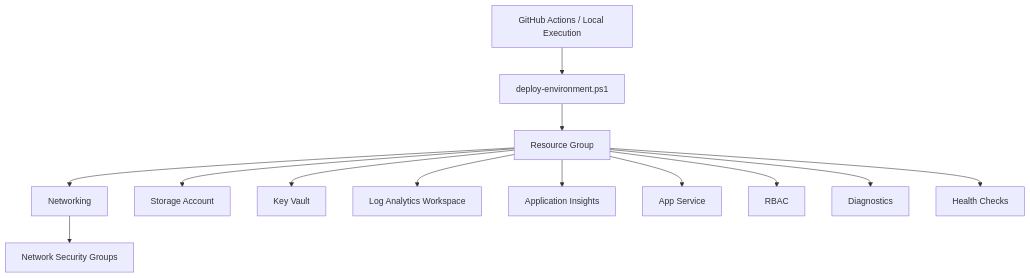
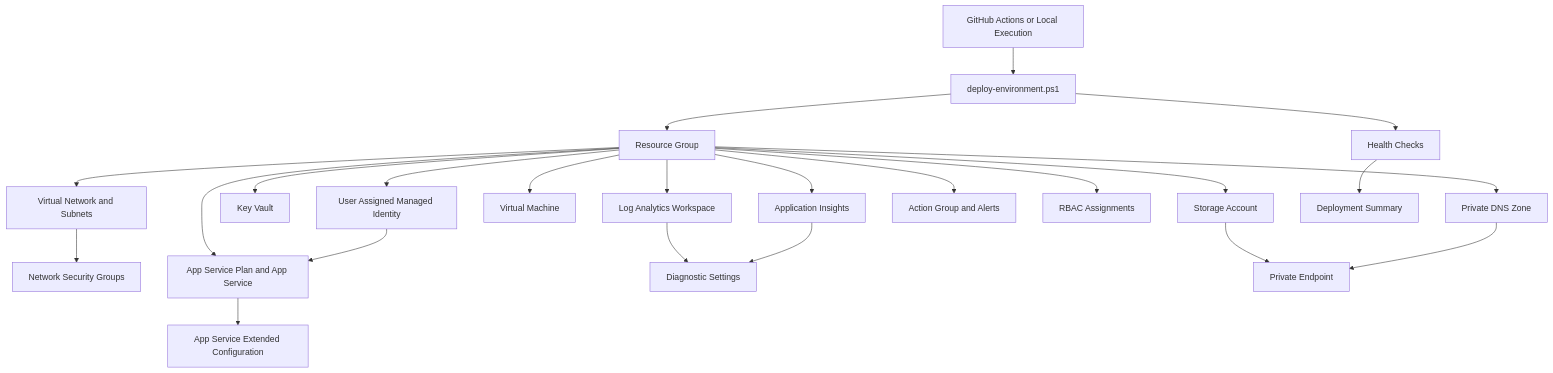
The diagram in README.md (unfencedentity/cloud-org-infra), drawn with Mermaid before and after one commit. The commit also changed other lines of this file, not shown here.

First line of the commit message:
docs: update README with current deployment architecture

````diff
--- a/README.md
+++ b/README.md
@@ -33,18 +36,48 @@
 ```mermaid
 flowchart TD
 
-A[GitHub Actions / Local Execution]
---> B[deploy-environment.ps1]
+A["GitHub Actions or Local Execution"]
+B["deploy-environment.ps1"]
 
-B --> C[Resource Group]
-C --> D[Networking]
-D --> E[Network Security Groups]
-C --> F[Storage Account]
-C --> G[Key Vault]
-C --> H[Log Analytics Workspace]
-C --> I[Application Insights]
-C --> J[App Service]
-C --> K[RBAC]
-C --> L[Diagnostics]
-C --> M[Health Checks]
+C["Resource Group"]
+D["Virtual Network and Subnets"]
+E["Network Security Groups"]
+F["Storage Account"]
+G["Key Vault"]
+H["User Assigned Managed Identity"]
+I["Virtual Machine"]
+J["App Service Plan and App Service"]
+K["App Service Extended Configuration"]
+L["Log Analytics Workspace"]
+M["Application Insights"]
+N["Diagnostic Settings"]
+O["Action Group and Alerts"]
+P["RBAC Assignments"]
+Q["Private DNS Zone"]
+R["Private Endpoint"]
+S["Health Checks"]
+T["Deployment Summary"]
+
+A --> B
+B --> C
+C --> D
+D --> E
+C --> F
+C --> G
+C --> H
+C --> I
+C --> J
+J --> K
+C --> L
+C --> M
+L --> N
+M --> N
+C --> O
+C --> P
+C --> Q
+F --> R
+Q --> R
+H --> J
+B --> S
+S --> T
 ```
````
